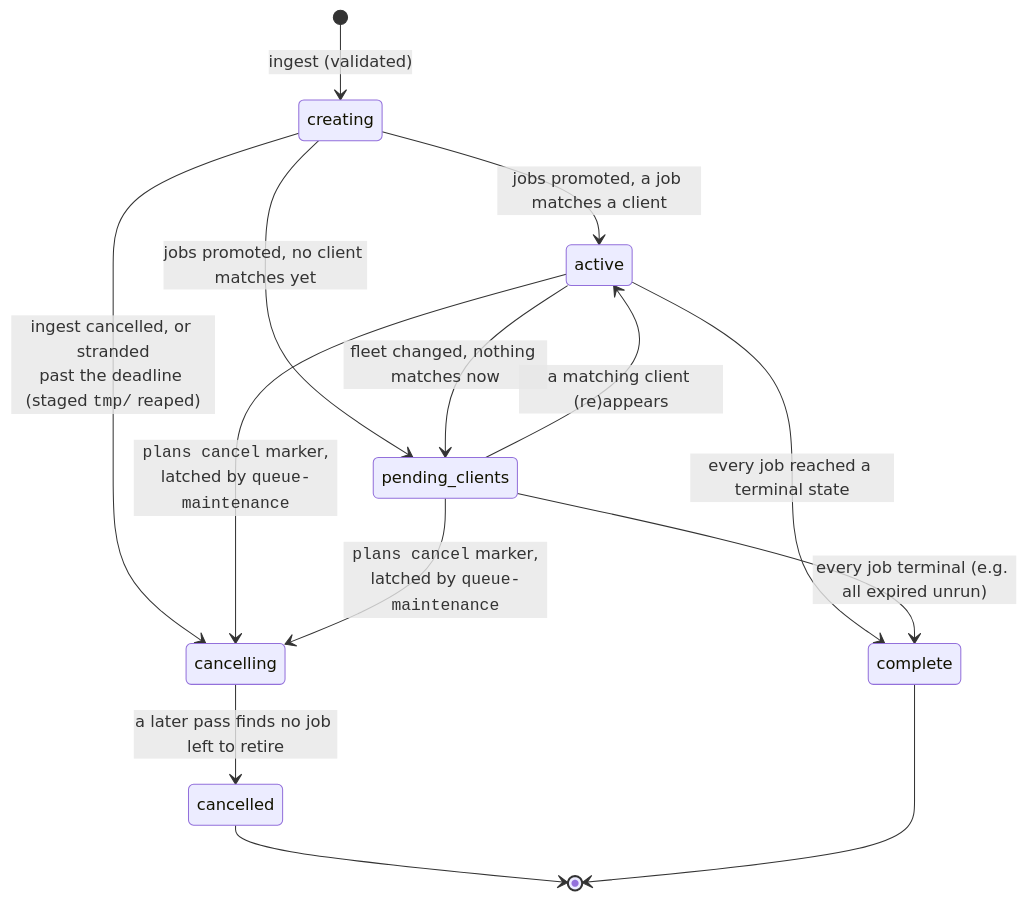
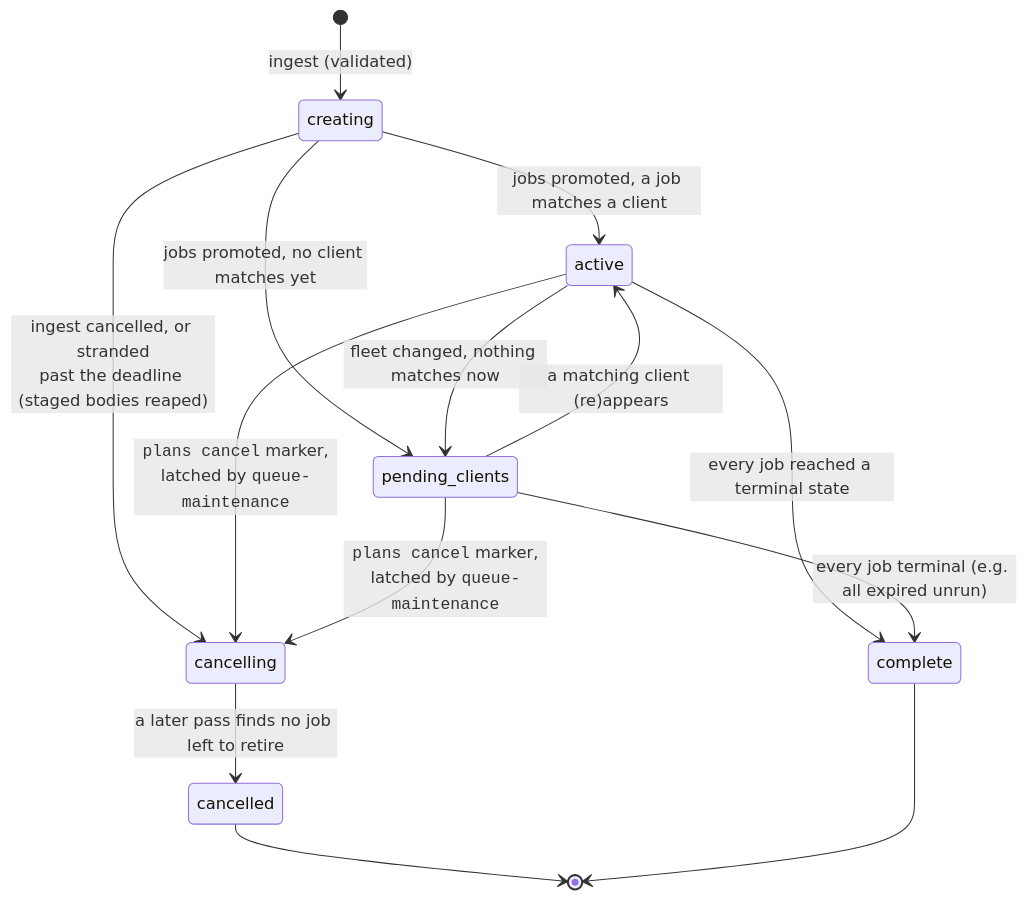
One commit to Liquid4All/pipette-mgmt changed the second of 2 diagrams in docs/plan-ingestion.md. Above: the diagram before and after it, drawn with Mermaid. The commit also changed other lines of this file and 312 other files, not shown here.

````diff
--- a/docs/plan-ingestion.md
+++ b/docs/plan-ingestion.md
@@ -1155,16 +1315,16 @@
 ```mermaid
 stateDiagram-v2
     [*] --> creating: ingest (validated)
     creating --> active: jobs promoted, a job matches a client
     creating --> pending_clients: jobs promoted, no client matches yet
     active --> pending_clients: fleet changed, nothing matches now
     pending_clients --> active: a matching client (re)appears
-    creating --> cancelling: ingest cancelled, or stranded</br>past the deadline (staged <code>tmp/</code> reaped)
+    creating --> cancelling: ingest cancelled, or stranded</br>past the deadline (staged bodies reaped)
     active --> complete: every job reached a terminal state
     pending_clients --> complete: every job terminal (e.g. all expired unrun)
     active --> cancelling: <code>plans cancel</code> marker,</br>latched by <code>queue-maintenance</code>
     pending_clients --> cancelling: <code>plans cancel</code> marker,</br>latched by <code>queue-maintenance</code>
     cancelling --> cancelled: a later pass finds no job left to retire
     cancelled --> [*]
     complete --> [*]
 ```
````
